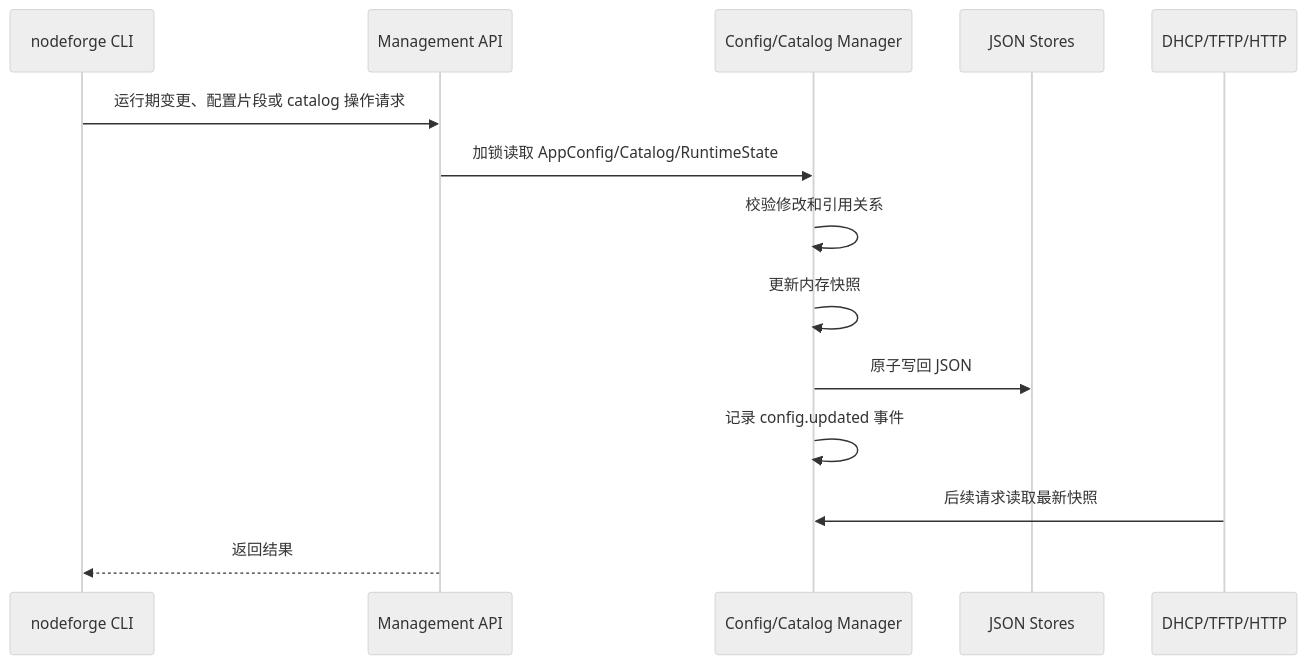
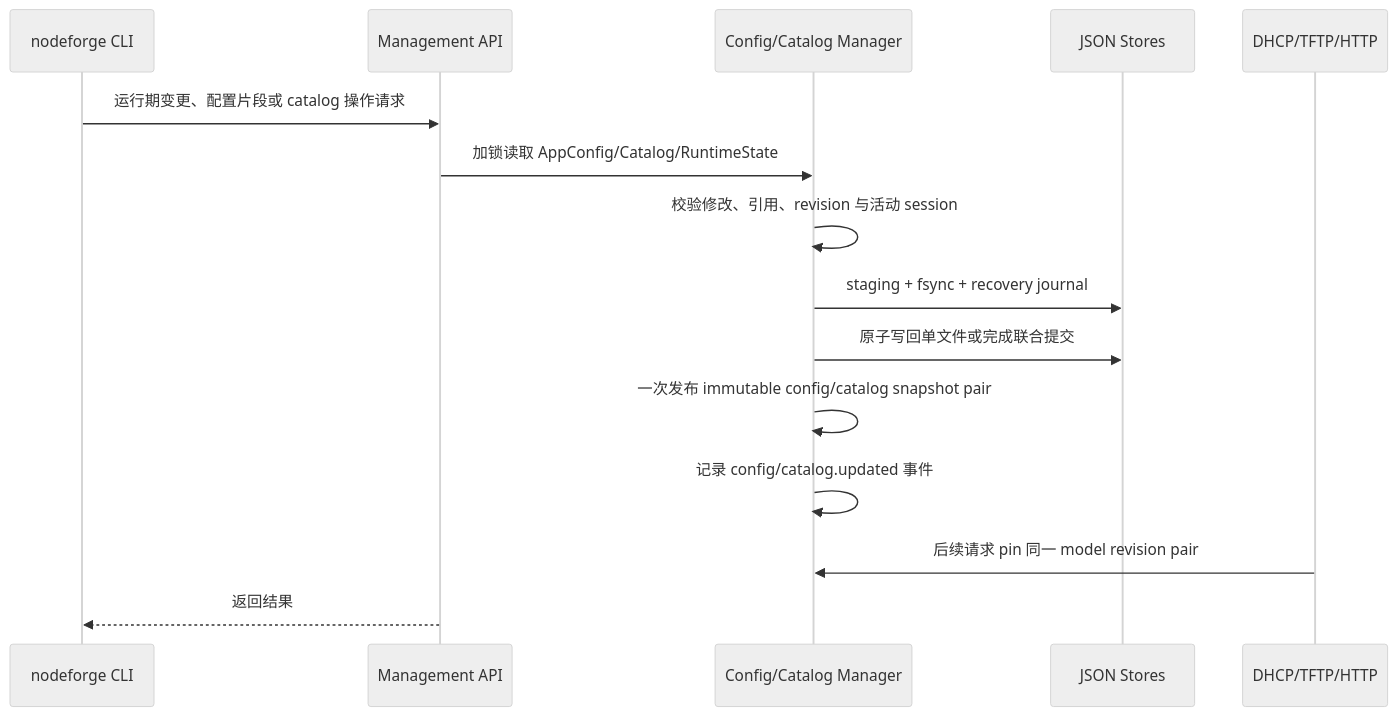
One commit to iskylite/nodeforge changed the third of 3 diagrams in docs/DESIGN.md. Above: the diagram before and after it, drawn with Mermaid (neutral theme). The commit also changed other lines of this file and 41 other files, not shown here.

````diff
--- a/docs/DESIGN.md
+++ b/docs/DESIGN.md
@@ -1298,17 +1316,18 @@
 ```mermaid
 sequenceDiagram
   participant A as nodeforge CLI
   participant M as Management API
   participant C as Config/Catalog Manager
   participant P as JSON Stores
   participant S as DHCP/TFTP/HTTP
 
   A->>M: 运行期变更、配置片段或 catalog 操作请求
   M->>C: 加锁读取 AppConfig/Catalog/RuntimeState
-  C->>C: 校验修改和引用关系
-  C->>C: 更新内存快照
-  C->>P: 原子写回 JSON
-  C->>C: 记录 config.updated 事件
-  S->>C: 后续请求读取最新快照
+  C->>C: 校验修改、引用、revision 与活动 session
+  C->>P: staging + fsync + recovery journal
+  C->>P: 原子写回单文件或完成联合提交
+  C->>C: 一次发布 immutable config/catalog snapshot pair
+  C->>C: 记录 config/catalog.updated 事件
+  S->>C: 后续请求 pin 同一 model revision pair
   M-->>A: 返回结果
 ```
````
